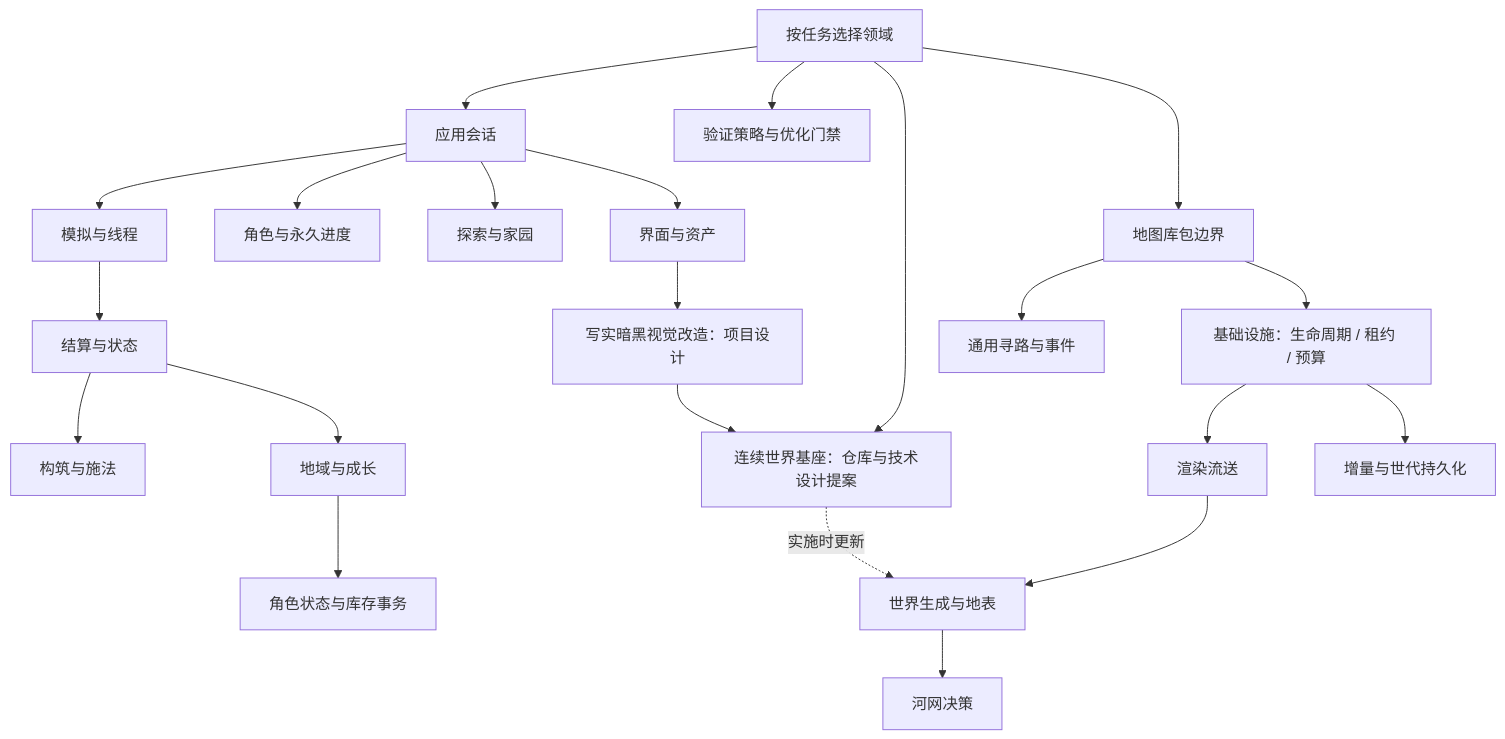
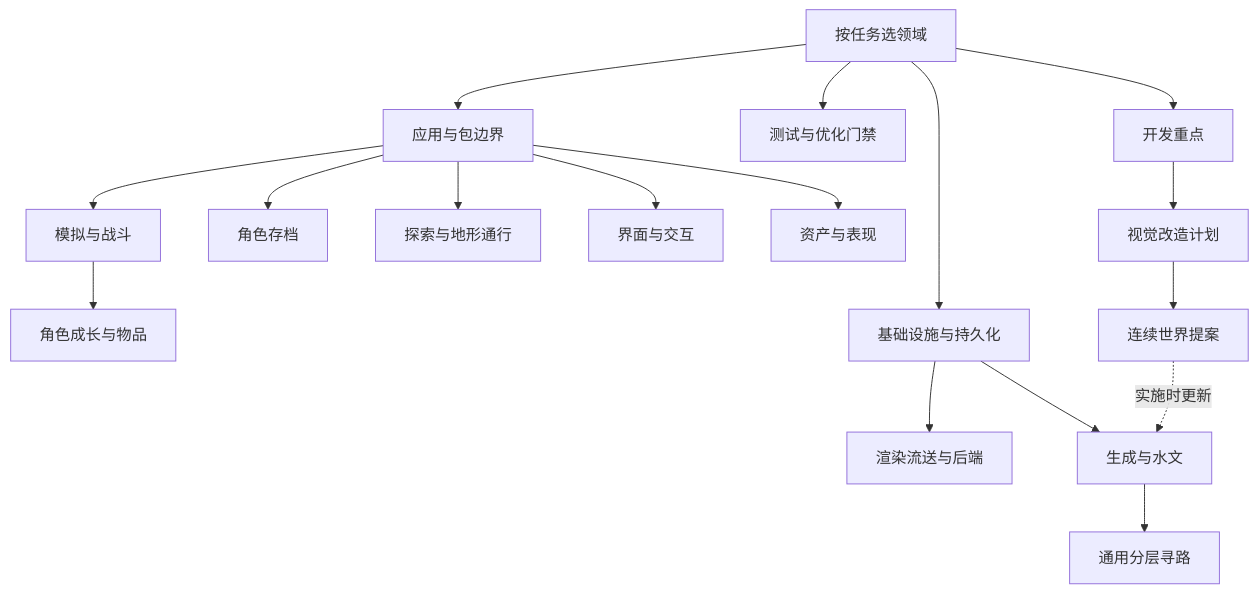
Before and after one commit to lanyik/lanyik: the diagram in docs/README.md, drawn with Mermaid. The commit also changed other lines of this file and 32 other files, not shown here.

````diff
--- a/docs/README.md
+++ b/docs/README.md
@@ -35,24 +33,19 @@
 ```mermaid
 flowchart TB
-    index[按任务选择领域] --> app[应用会话]
-    app --> sim[模拟与线程]
-    sim --> combat[结算与状态]
-    combat --> skills[构筑与施法]
-    combat --> growth[地域与成长]
-    growth --> items[角色状态与库存事务]
-    app --> saves[角色与永久进度]
-    app --> explore[探索与家园]
-    app --> view[界面与资产]
-    view --> visual[写实暗黑视觉改造：项目设计]
-    visual --> nextworld[连续世界基座：仓库与技术设计提案]
-    index --> nextworld
+    index[按任务选领域] --> app[应用与包边界]
+    app --> combat[模拟与战斗]
+    combat --> items[角色成长与物品]
+    app --> saves[角色存档]
+    app --> exploration[探索与地形通行]
+    app --> ui[界面与交互]
+    app --> assets[资产与表现]
+    index --> foundation[基础设施与持久化]
+    foundation --> render[渲染流送与后端]
+    foundation --> world[生成与水文]
+    world --> path[通用分层寻路]
+    index --> testing[测试与优化门禁]
+    index --> roadmap[开发重点]
+    roadmap --> visual[视觉改造计划]
+    visual --> nextworld[连续世界提案]
     nextworld -.实施时更新.-> world
-    index --> pkg[地图库包边界]
-    pkg --> infra[基础设施：生命周期 / 租约 / 预算]
-    infra --> stream[渲染流送]
-    stream --> world[世界生成与地表]
-    world --> water[河网决策]
-    infra --> persistence[增量与世代持久化]
-    pkg --> path[通用寻路与事件]
-    index --> checks[验证策略与优化门禁]
 ```
````
